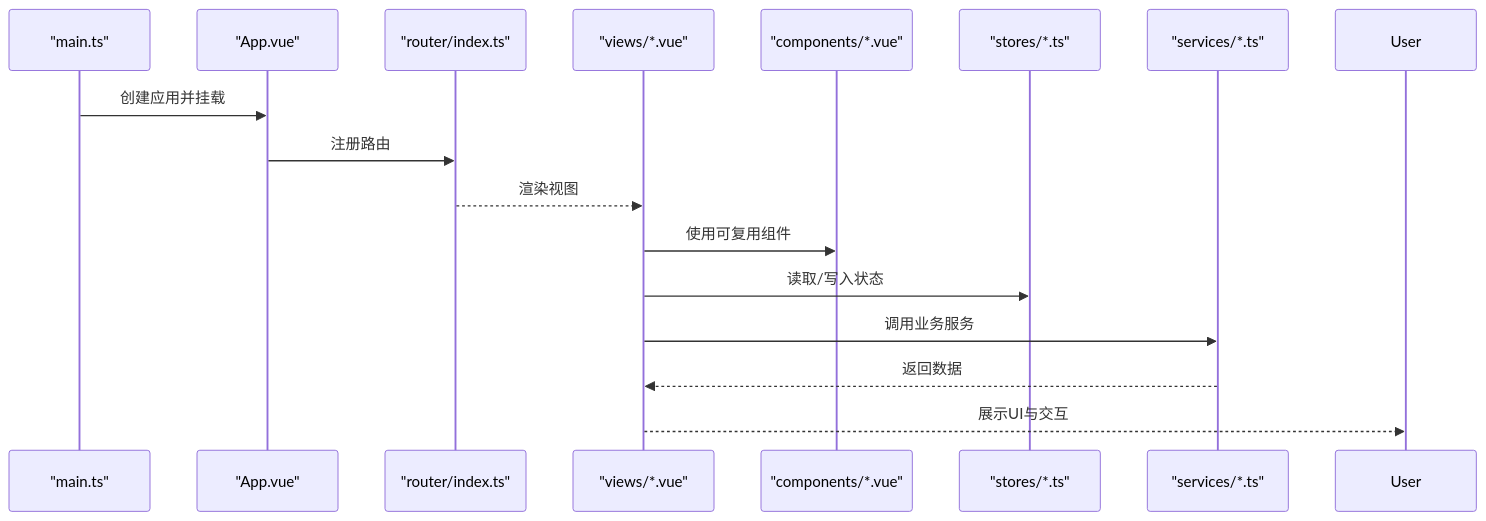
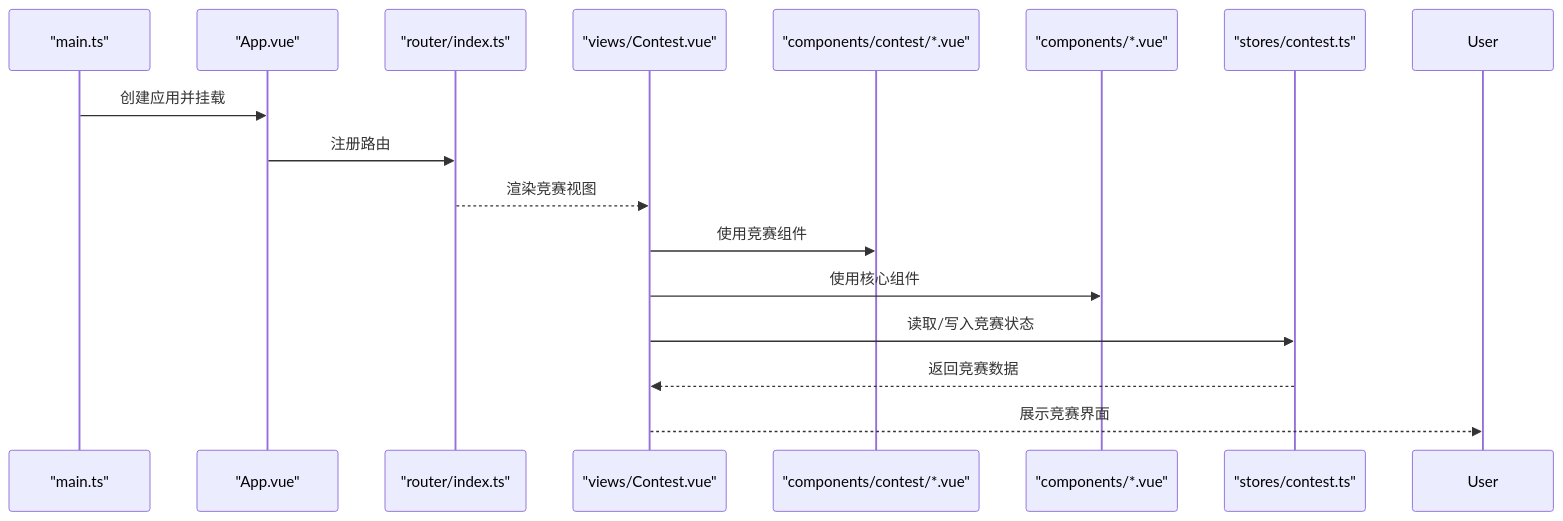
Before and after one commit to Siborne/OJFlow: the second of 4 diagrams in .qoder/repowiki/zh/content/API参考/组件API.md, drawn with Mermaid. The commit also changed other lines of this file and 23 other files, not shown here.

````diff
--- a/.qoder/repowiki/zh/content/API参考/组件API.md
+++ b/.qoder/repowiki/zh/content/API参考/组件API.md
@@ -118,18 +325,18 @@
 ```mermaid
 sequenceDiagram
 participant Boot as "main.ts"
 participant App as "App.vue"
 participant Router as "router/index.ts"
-participant View as "views/*.vue"
-participant Comp as "components/*.vue"
-participant Store as "stores/*.ts"
-participant Service as "services/*.ts"
+participant View as "views/Contest.vue"
+participant Comp as "components/contest/*.vue"
+participant CoreComp as "components/*.vue"
+participant Store as "stores/contest.ts"
 Boot->>App : 创建应用并挂载
 App->>Router : 注册路由
-Router-->>View : 渲染视图
-View->>Comp : 使用可复用组件
-View->>Store : 读取/写入状态
-View->>Service : 调用业务服务
-Service-->>View : 返回数据
-View-->>User : 展示UI与交互
+Router-->>View : 渲染竞赛视图
+View->>Comp : 使用竞赛组件
+View->>CoreComp : 使用核心组件
+View->>Store : 读取/写入竞赛状态
+Store-->>View : 返回竞赛数据
+View-->>User : 展示竞赛界面
 ```
````
